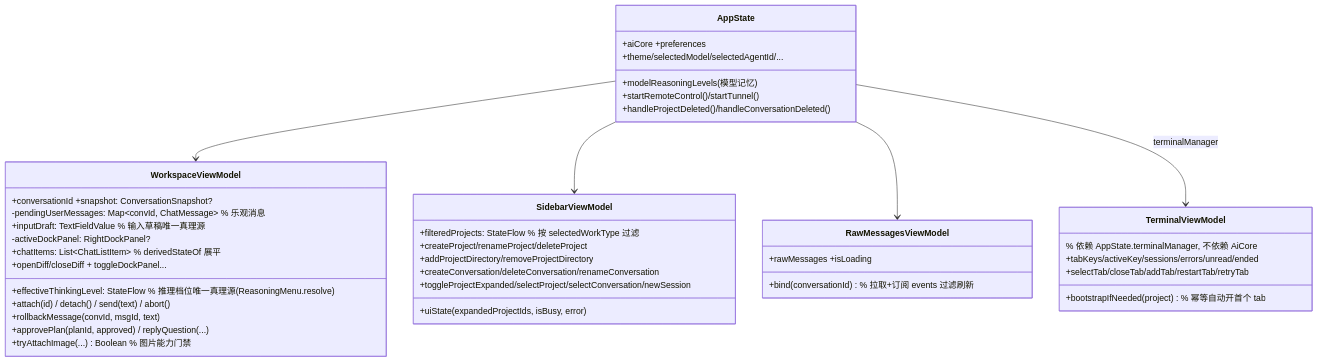
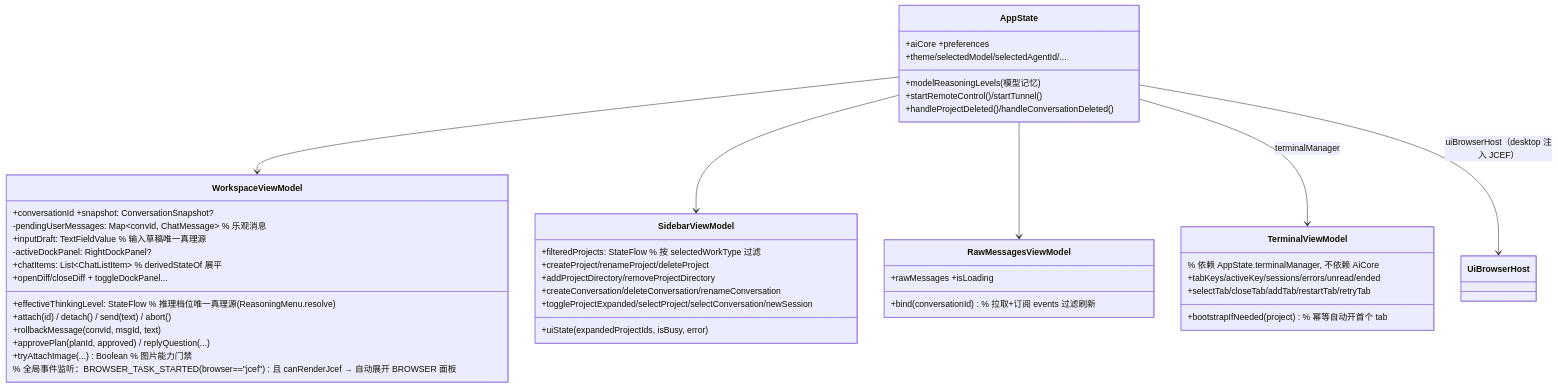
One commit to lzdev42/mederi changed the second of 4 diagrams in mederi/docs/architecture/02-app-shared.md. Above: the diagram before and after it, drawn with Mermaid. The commit also changed other lines of this file and 64 other files, not shown here.

````diff
--- a/mederi/docs/architecture/02-app-shared.md
+++ b/mederi/docs/architecture/02-app-shared.md
@@ -269,45 +269,47 @@
 ```mermaid
 classDiagram
     class AppState {
         +aiCore +preferences
         +theme/selectedModel/selectedAgentId/...
         +modelReasoningLevels(模型记忆)
         +startRemoteControl()/startTunnel()
         +handleProjectDeleted()/handleConversationDeleted()
     }
     class WorkspaceViewModel {
         +conversationId +snapshot: ConversationSnapshot?
         -pendingUserMessages: Map~convId, ChatMessage~  % 乐观消息
         +inputDraft: TextFieldValue  % 输入草稿唯一真理源
         -activeDockPanel: RightDockPanel?
         +chatItems: List~ChatListItem~  % derivedStateOf 展平
         +effectiveThinkingLevel: StateFlow  % 推理档位唯一真理源(ReasoningMenu.resolve)
         +attach(id) / detach() / send(text) / abort()
         +rollbackMessage(convId, msgId, text)
         +approvePlan(planId, approved) / replyQuestion(...) 
         +tryAttachImage(...) Boolean  % 图片能力门禁
         +openDiff/closeDiff + toggleDockPanel...
+        % 全局事件监听：BROWSER_TASK_STARTED(browser=="jcef") 且 canRenderJcef → 自动展开 BROWSER 面板
     }
     class SidebarViewModel {
         +uiState(expandedProjectIds, isBusy, error)
         +filteredProjects: StateFlow  % 按 selectedWorkType 过滤
         +createProject/renameProject/deleteProject
         +addProjectDirectory/removeProjectDirectory
         +createConversation/deleteConversation/renameConversation
         +toggleProjectExpanded/selectProject/selectConversation/newSession
     }
     class TerminalViewModel {
         % 依赖 AppState.terminalManager, 不依赖 AiCore
         +tabKeys/activeKey/sessions/errors/unread/ended
         +selectTab/closeTab/addTab/restartTab/retryTab
         +bootstrapIfNeeded(project)  % 幂等自动开首个 tab
     }
     class RawMessagesViewModel {
         +rawMessages +isLoading
         +bind(conversationId)  % 拉取+订阅 events 过滤刷新
     }
     AppState --> WorkspaceViewModel
     AppState --> SidebarViewModel
     AppState --> RawMessagesViewModel
     AppState --> TerminalViewModel : terminalManager
+    AppState --> UiBrowserHost : uiBrowserHost（desktop 注入 JCEF）
 ```
````
